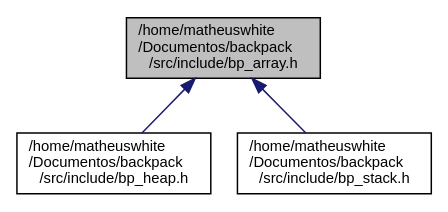
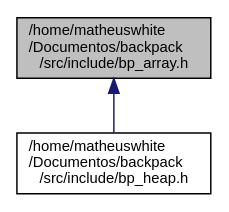
One commit to matheuswhite/backpack changed the diagram in docs/bp__array_8h__dep__incl.dot. Above: the diagram before and after it, drawn with Graphviz. The commit also changed 46 other files, not shown here.

```diff
--- a/docs/bp__array_8h__dep__incl.dot
+++ b/docs/bp__array_8h__dep__incl.dot
@@ -1,11 +1,9 @@
 digraph "/home/matheuswhite/Documentos/backpack/src/include/bp_array.h"
 {
  // LATEX_PDF_SIZE
   edge [fontname="Helvetica",fontsize="10",labelfontname="Helvetica",labelfontsize="10"];
   node [fontname="Helvetica",fontsize="10",shape=record];
   Node1 [label="/home/matheuswhite\l/Documentos/backpack\l/src/include/bp_array.h",height=0.2,width=0.4,color="black", fillcolor="grey75", style="filled", fontcolor="black",tooltip="Specifies the array structure. This structure works as a buffer, where the develop could insert the e..."];
   Node1 -> Node2 [dir="back",color="midnightblue",fontsize="10",style="solid",fontname="Helvetica"];
   Node2 [label="/home/matheuswhite\l/Documentos/backpack\l/src/include/bp_heap.h",height=0.2,width=0.4,color="black", fillcolor="white", style="filled",URL="$bp__heap_8h.html",tooltip="Specifies the heap structure. the heap could be a Min-Heap or a Max-Heap."];
-  Node1 -> Node3 [dir="back",color="midnightblue",fontsize="10",style="solid",fontname="Helvetica"];
-  Node3 [label="/home/matheuswhite\l/Documentos/backpack\l/src/include/bp_stack.h",height=0.2,width=0.4,color="black", fillcolor="white", style="filled",URL="$bp__stack_8h.html",tooltip="Specifies the stack structure. This structure is a bp_array complement. To allow the bp_array works a..."];
 }
```
